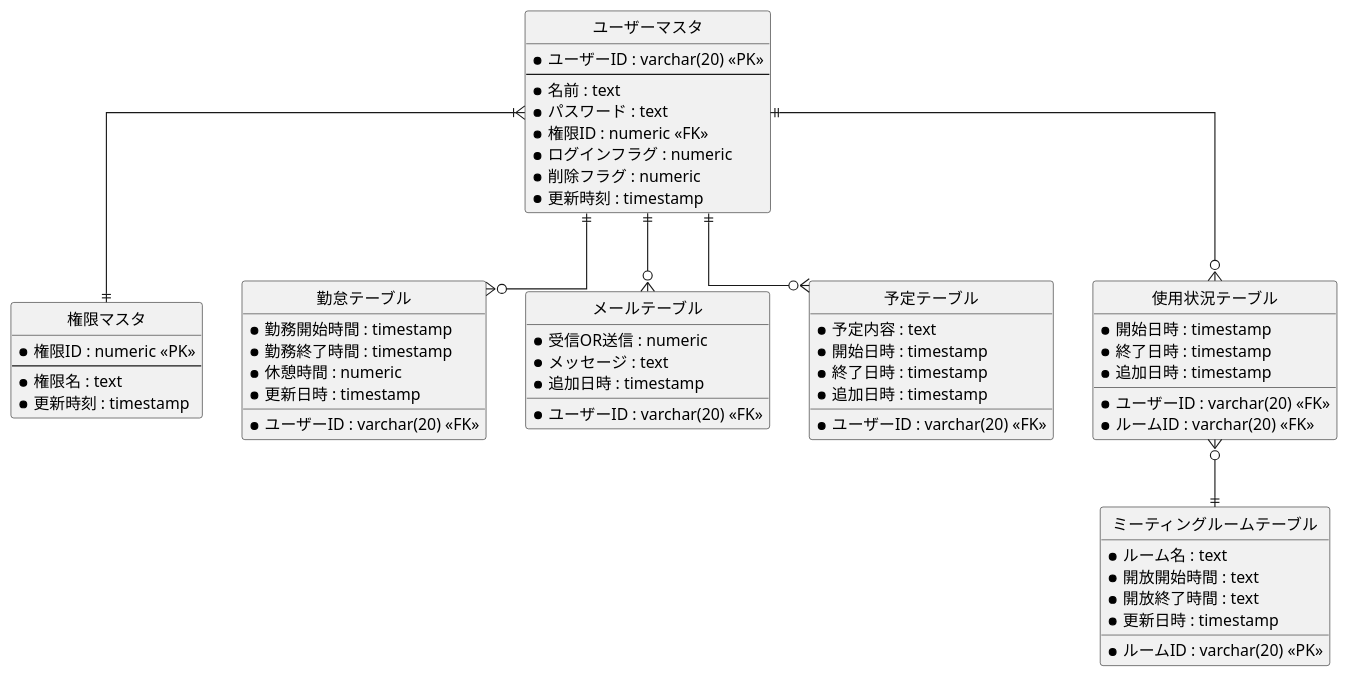
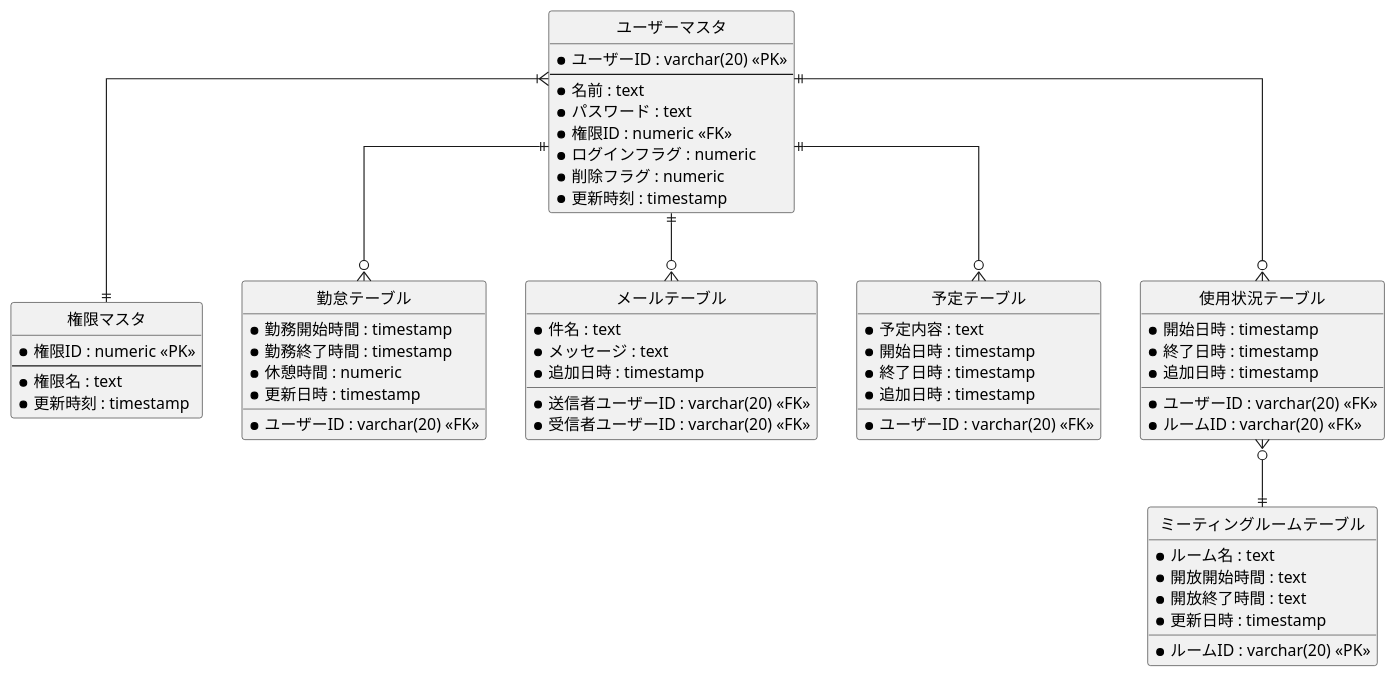
Before and after one commit to R-SAIKI/practiceUML: the diagram in ER図/ER図.pu, drawn with PlantUML. The commit also changed 10 other files, not shown here.

```diff
--- a/ER図/ER図.pu
+++ b/ER図/ER図.pu
@@ -1,73 +1,74 @@
 @startuml
 
 ' hide the spot
 hide circle
 
 ' avoid problems with angled crows feet
 skinparam linetype ortho
 
 entity "ユーザーマスタ" as user {
   *ユーザーID : varchar(20) <<PK>>
   --
   *名前 : text
   *パスワード : text
   *権限ID : numeric <<FK>>
   *ログインフラグ : numeric
   *削除フラグ : numeric
   *更新時刻 : timestamp
 }
 
 entity "権限マスタ" as auth {
   *権限ID : numeric <<PK>> 
   --
   *権限名 : text
   *更新時刻 : timestamp
 }
 
 entity "勤怠テーブル" as attend {
   *ユーザーID : varchar(20) <<FK>>
   *勤務開始時間 : timestamp
   *勤務終了時間 : timestamp 
   *休憩時間 : numeric
   *更新日時 : timestamp
 }
 
 entity "メールテーブル" as mail {
-  *ユーザーID : varchar(20) <<FK>>
-  *受信OR送信 : numeric
+  *送信者ユーザーID : varchar(20) <<FK>>
+  *受信者ユーザーID : varchar(20) <<FK>>
+  *件名 : text
   *メッセージ : text
   *追加日時 : timestamp
 }
 
 entity "予定テーブル" as plan {
   *ユーザーID : varchar(20) <<FK>>
   *予定内容 : text
   *開始日時 : timestamp
   *終了日時 : timestamp 
   *追加日時 : timestamp
 }
 
 entity "ミーティングルームテーブル" as meeting {
   *ルームID : varchar(20) <<PK>>
   *ルーム名 : text 
   *開放開始時間 : text
   *開放終了時間 : text
   *更新日時 : timestamp
 }
 
 entity "使用状況テーブル" as use {
   *ユーザーID : varchar(20) <<FK>>
   *ルームID : varchar(20) <<FK>>
   *開始日時 : timestamp
   *終了日時 : timestamp 
   *追加日時 : timestamp
 }
 
 user }|--|| auth
 user ||--o{ attend
 user ||--o{ mail
 user ||--o{ plan
 user ||--o{ use
 use }o--|| meeting
 
 @enduml
```
